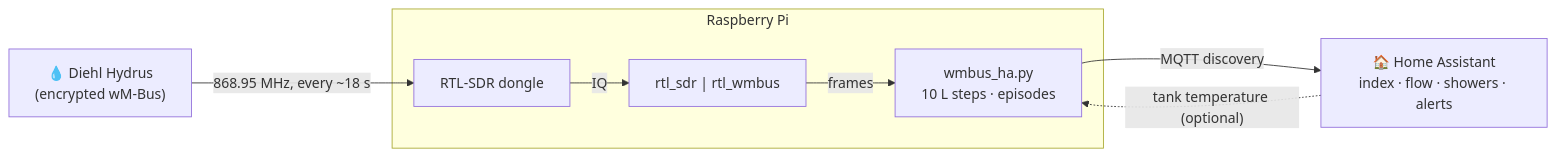
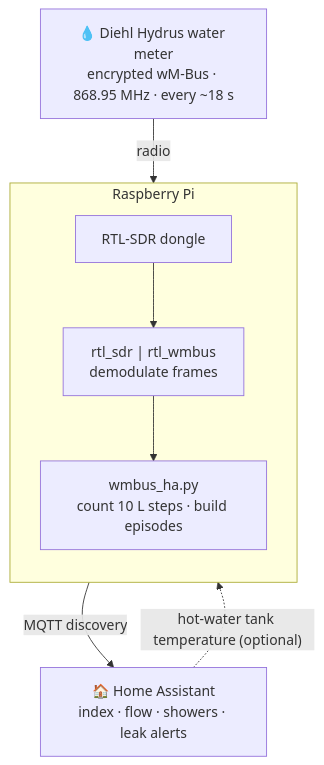
The diagram in README.md (mtivadar/wmbus-hydrus-ha), drawn with Mermaid before and after one commit.

Commit message:
README: top-down architecture diagram (readable on narrow screens)

````diff
--- a/README.md
+++ b/README.md
@@ -25,10 +25,13 @@
 ```mermaid
-flowchart LR
-    M["💧 Diehl Hydrus<br/>(encrypted wM-Bus)"] -- "868.95 MHz, every ~18 s" --> S["RTL-SDR dongle"]
+flowchart TB
+    M["💧 Diehl Hydrus water meter<br/>encrypted wM-Bus · 868.95 MHz · every ~18 s"]
     subgraph PI["Raspberry Pi"]
-        S -- IQ --> R["rtl_sdr | rtl_wmbus"]
-        R -- "frames" --> W["wmbus_ha.py<br/>10 L steps · episodes"]
+        direction TB
+        S["RTL-SDR dongle"] --> R["rtl_sdr | rtl_wmbus<br/>demodulate frames"]
+        R --> W["wmbus_ha.py<br/>count 10 L steps · build episodes"]
     end
-    W -- "MQTT discovery" --> HA["🏠 Home Assistant<br/>index · flow · showers · alerts"]
-    HA -. "tank temperature (optional)" .-> W
+    HA["🏠 Home Assistant<br/>index · flow · showers · leak alerts"]
+    M -- radio --> S
+    W -- "MQTT discovery" --> HA
+    HA -. "hot-water tank temperature (optional)" .-> W
 ```
````
